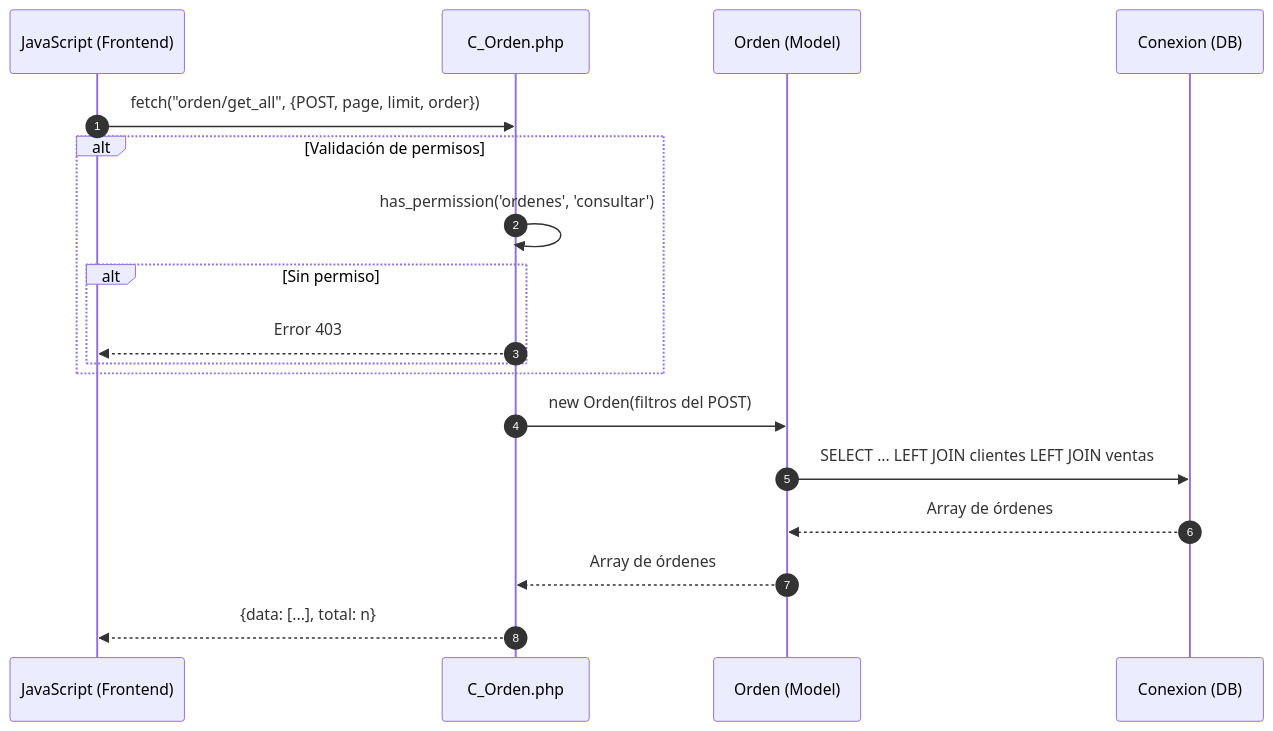
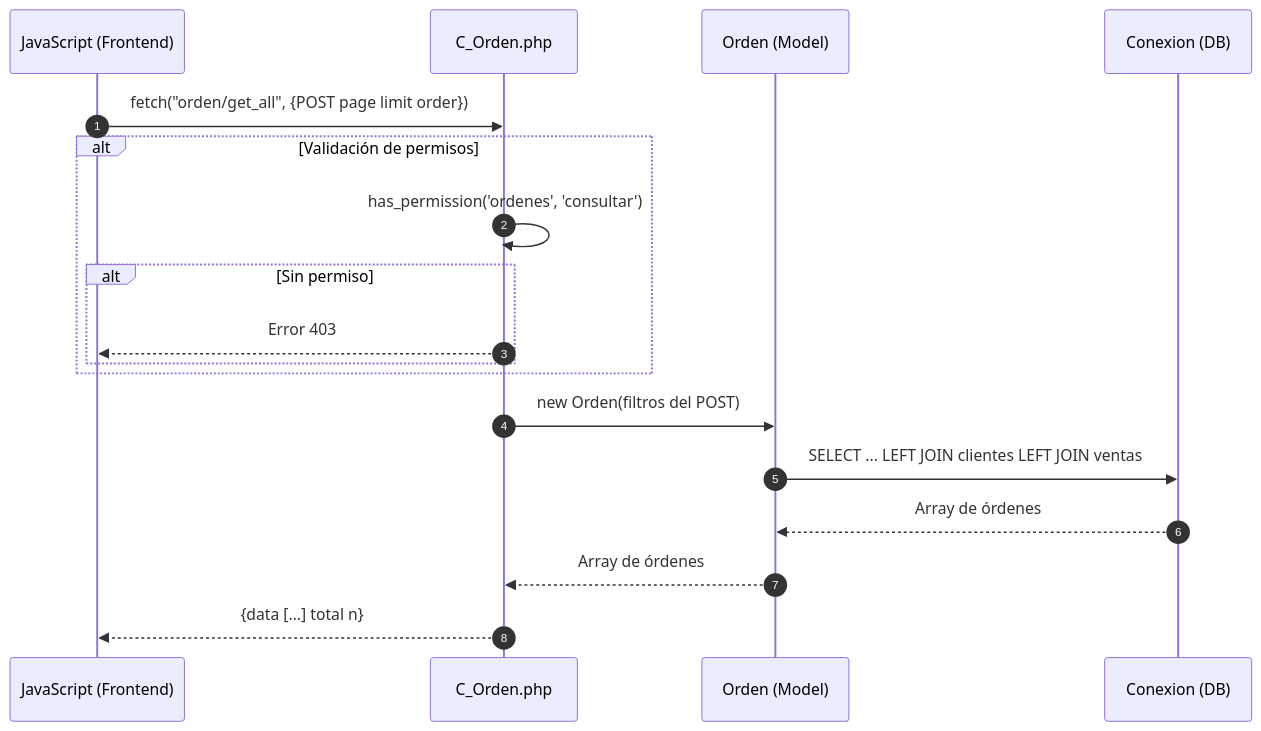
Before and after one commit to Tecrato/BurgerHouse: the third of 6 diagrams in docs/secuencia/ordenes/agregar_orden.md, drawn with Mermaid. The commit also changed other lines of this file and 13 other files, not shown here.

Commit message:
diagramas de secuencia

````diff
--- a/docs/secuencia/ordenes/agregar_orden.md
+++ b/docs/secuencia/ordenes/agregar_orden.md
@@ -128,24 +128,24 @@
 ```mermaid
 sequenceDiagram
     autonumber
     participant JS as JavaScript (Frontend)
     participant C_Orden as C_Orden.php
     participant Orden as Orden (Model)
     participant DB as Conexion (DB)
     
-    JS->>C_Orden: fetch("orden/get_all", {POST, page, limit, order})
+    JS->>C_Orden: fetch("orden/get_all", {POST page limit order})
     
     alt Validación de permisos
         C_Orden->>C_Orden: has_permission('ordenes', 'consultar')
         alt Sin permiso
             C_Orden-->>JS: Error 403
         end
     end
     
     C_Orden->>Orden: new Orden(filtros del POST)
     Orden->>DB: SELECT ... LEFT JOIN clientes LEFT JOIN ventas
     DB-->>Orden: Array de órdenes
     Orden-->>C_Orden: Array de órdenes
     
-    C_Orden-->>JS: {data: [...], total: n}
+    C_Orden-->>JS: {data [...] total n}
 ```
````
